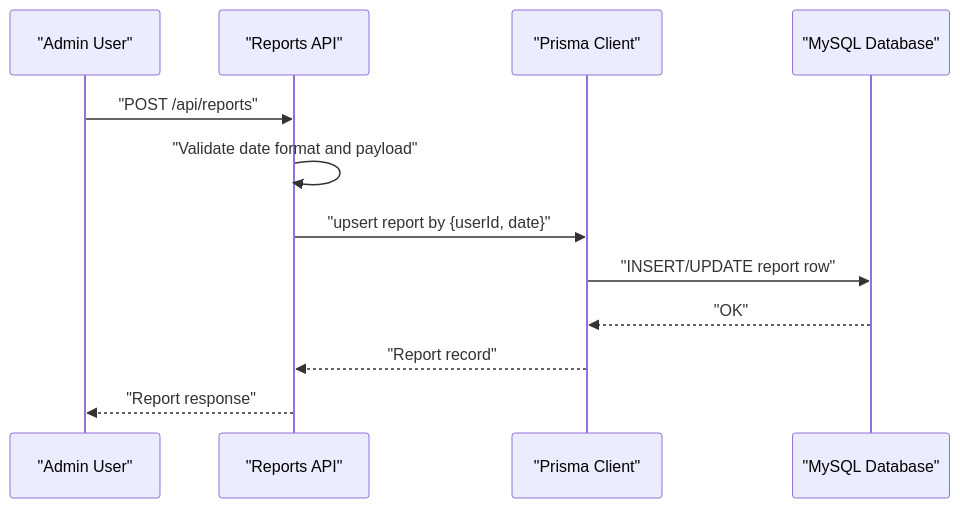
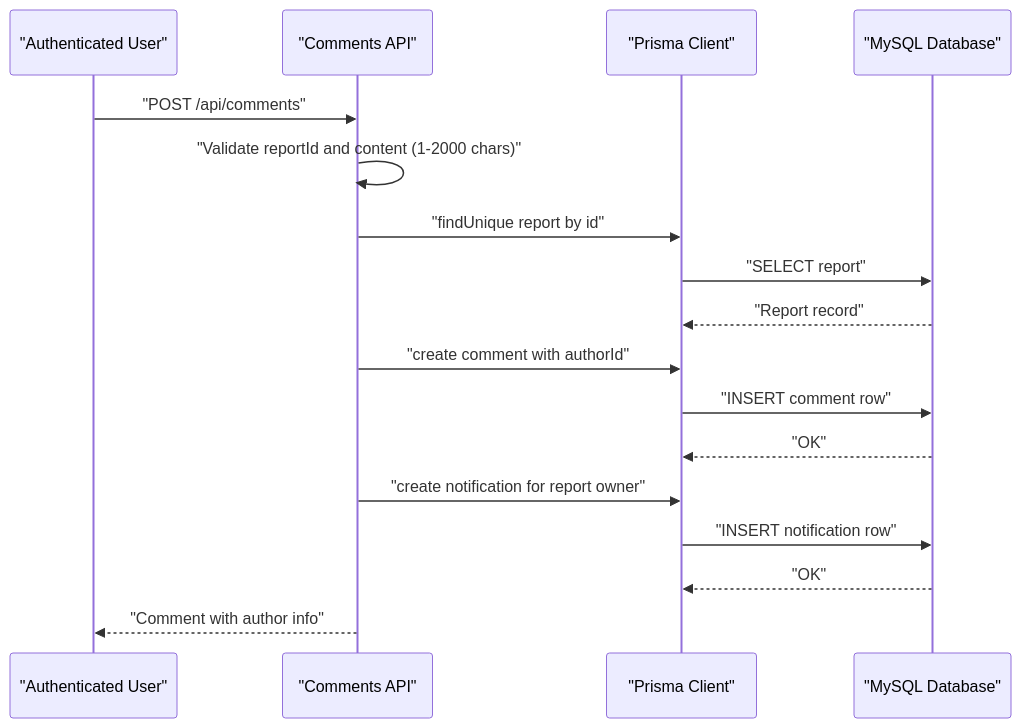
One commit to jrj444/git-daily changed the third of 14 diagrams in .qoder/repowiki/en/content/Database Design/Database Design.md. Above: the diagram before and after it, drawn with Mermaid. The commit also changed other lines of this file and 12 other files, not shown here.

````diff
--- a/.qoder/repowiki/en/content/Database Design/Database Design.md
+++ b/.qoder/repowiki/en/content/Database Design/Database Design.md
@@ -205,14 +287,19 @@
 ```mermaid
 sequenceDiagram
-participant Admin as "Admin User"
-participant API as "Reports API"
+participant User as "Authenticated User"
+participant API as "Comments API"
 participant Prisma as "Prisma Client"
 participant DB as "MySQL Database"
-Admin->>API : "POST /api/reports"
-API->>API : "Validate date format and payload"
-API->>Prisma : "upsert report by {userId, date}"
-Prisma->>DB : "INSERT/UPDATE report row"
+User->>API : "POST /api/comments"
+API->>API : "Validate reportId and content (1-2000 chars)"
+API->>Prisma : "findUnique report by id"
+Prisma->>DB : "SELECT report"
+DB-->>Prisma : "Report record"
+API->>Prisma : "create comment with authorId"
+Prisma->>DB : "INSERT comment row"
 DB-->>Prisma : "OK"
-Prisma-->>API : "Report record"
-API-->>Admin : "Report response"
+API->>Prisma : "create notification for report owner"
+Prisma->>DB : "INSERT notification row"
+DB-->>Prisma : "OK"
+API-->>User : "Comment with author info"
 ```
````
